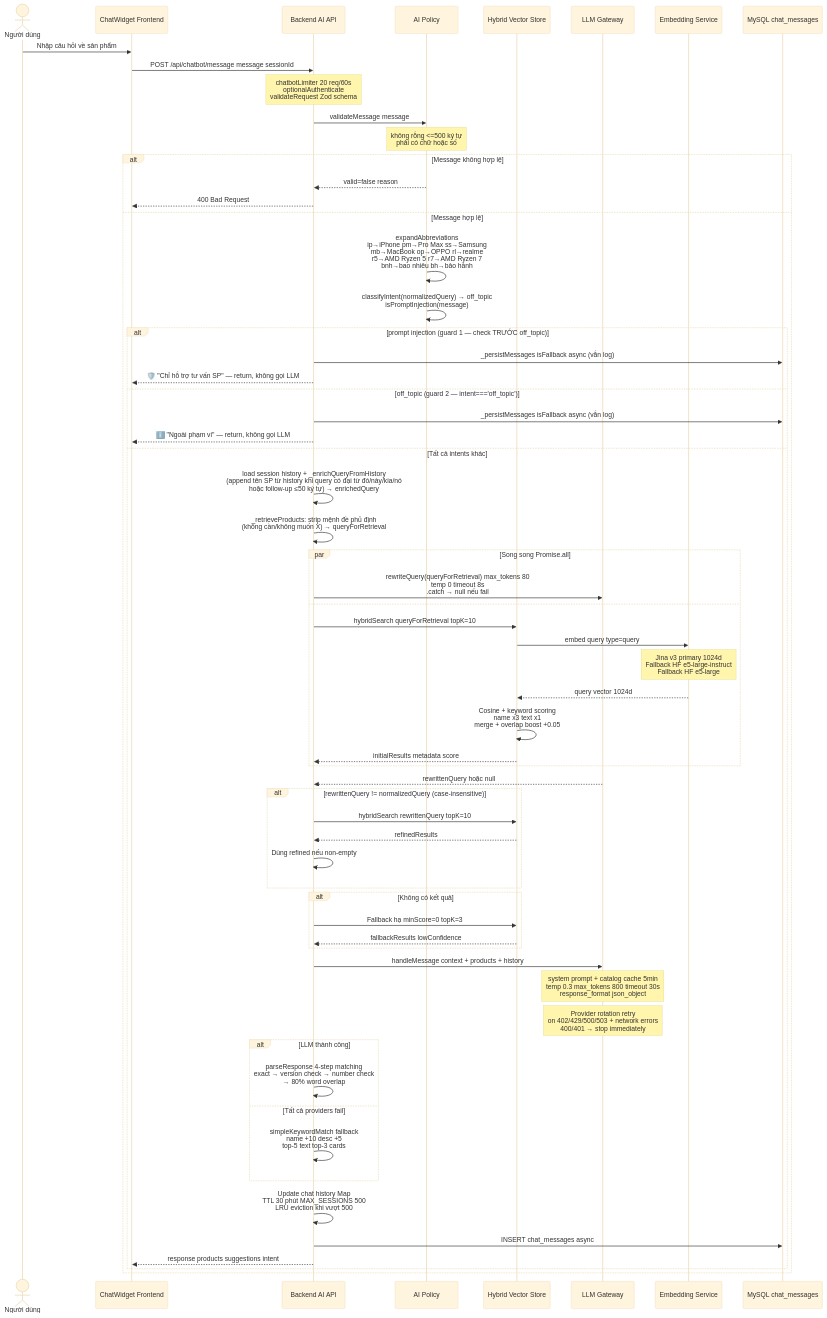
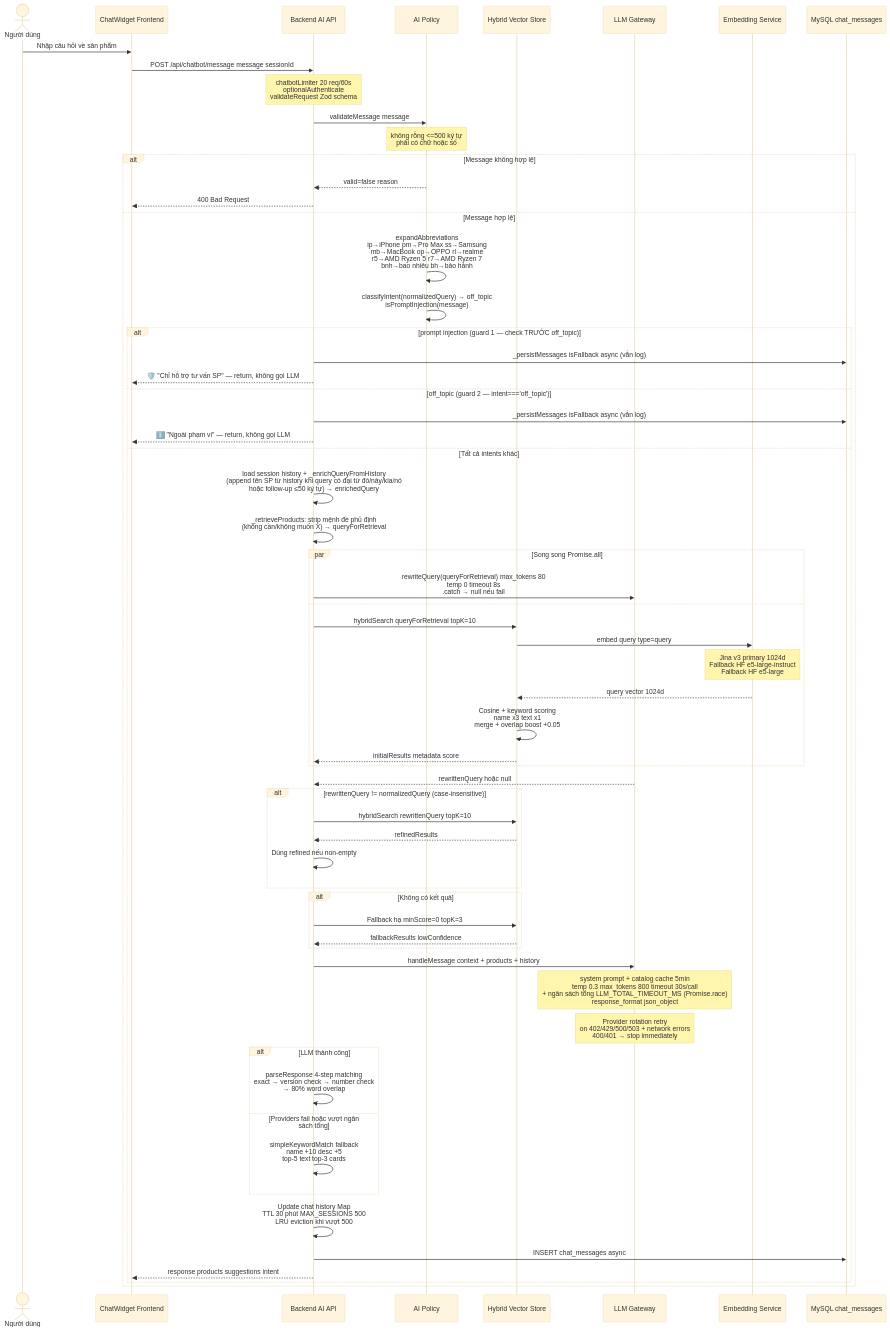
Diagram 26 of 47 in DIAGRAMS.md (MinhThang1009/E-commerce-website), drawn with Mermaid (base theme) before and after one commit. The commit also changed other lines of this file, not shown here.

Commit message:
docs(diagrams): thêm ngân sách LLM_TOTAL_TIMEOUT_MS vào sơ đồ RAG §3.3/§6b
Option A (commit 9fbddd3) bọc augmentAndGenerate trong Promise.race với ngân sách
tổng → bổ sung path fallback 'vượt ngân sách tổng' (trước chỉ 'providers fail').
§3.3 sequenceDiagram + §6b flowchart: note timeout 30s/call + ngân sách tổng.

````diff
--- a/DIAGRAMS.md
+++ b/DIAGRAMS.md
@@ -865,74 +865,74 @@
 ```mermaid
 sequenceDiagram
     actor User as Người dùng
     participant CW as ChatWidget Frontend
     participant API as Backend AI API
     participant Policy as AI Policy
     participant VS as Hybrid Vector Store
     participant LLM as LLM Gateway
     participant Embed as Embedding Service
     participant DB as MySQL chat_messages
 
     User->>CW: Nhập câu hỏi về sản phẩm
     CW->>API: POST /api/chatbot/message message sessionId
     Note over API: chatbotLimiter 20 req/60s<br/>optionalAuthenticate<br/>validateRequest Zod schema
 
     API->>Policy: validateMessage message
     Note over Policy: không rỗng <=500 ký tự<br/>phải có chữ hoặc số
 
     alt Message không hợp lệ
         Policy-->>API: valid=false reason
         API-->>CW: 400 Bad Request
     else Message hợp lệ
         Policy->>Policy: expandAbbreviations<br/>ip→iPhone pm→Pro Max ss→Samsung<br/>mb→MacBook op→OPPO rl→realme<br/>r5→AMD Ryzen 5 r7→AMD Ryzen 7<br/>bnh→bao nhiêu bh→bảo hành
         Policy->>Policy: classifyIntent(normalizedQuery) → off_topic<br/>isPromptInjection(message)
 
         alt prompt injection (guard 1 — check TRƯỚC off_topic)
             API->>DB: _persistMessages isFallback async (vẫn log)
             API-->>CW: 🛡️ "Chỉ hỗ trợ tư vấn SP" — return, không gọi LLM
         else off_topic (guard 2 — intent==='off_topic')
             API->>DB: _persistMessages isFallback async (vẫn log)
             API-->>CW: ℹ️ "Ngoài phạm vi" — return, không gọi LLM
         else Tất cả intents khác
             API->>API: load session history + _enrichQueryFromHistory<br/>(append tên SP từ history khi query có đại từ đó/này/kia/nó<br/>hoặc follow-up ≤50 ký tự) → enrichedQuery
             API->>API: _retrieveProducts: strip mệnh đề phủ định<br/>(không cần/không muốn X) → queryForRetrieval
             par Song song Promise.all
                 API->>LLM: rewriteQuery(queryForRetrieval) max_tokens 80<br/>temp 0 timeout 8s<br/>.catch → null nếu fail
             and
                 API->>VS: hybridSearch queryForRetrieval topK=10
                 VS->>Embed: embed query type=query
                 Note over Embed: Jina v3 primary 1024d<br/>Fallback HF e5-large-instruct<br/>Fallback HF e5-large
                 Embed-->>VS: query vector 1024d
                 VS->>VS: Cosine + keyword scoring<br/>name x3 text x1<br/>merge + overlap boost +0.05
                 VS-->>API: initialResults metadata score
             end
 
             LLM-->>API: rewrittenQuery hoặc null
 
             alt rewrittenQuery != normalizedQuery (case-insensitive)
                 API->>VS: hybridSearch rewrittenQuery topK=10
                 VS-->>API: refinedResults
                 API->>API: Dùng refined nếu non-empty
             end
 
             alt Không có kết quả
                 API->>VS: Fallback hạ minScore=0 topK=3
                 VS-->>API: fallbackResults lowConfidence
             end
 
             API->>LLM: handleMessage context + products + history
-            Note over LLM: system prompt + catalog cache 5min<br/>temp 0.3 max_tokens 800 timeout 30s<br/>response_format json_object
+            Note over LLM: system prompt + catalog cache 5min<br/>temp 0.3 max_tokens 800 timeout 30s/call<br/>+ ngân sách tổng LLM_TOTAL_TIMEOUT_MS (Promise.race)<br/>response_format json_object
             Note over LLM: Provider rotation retry<br/>on 402/429/500/503 + network errors<br/>400/401 → stop immediately
 
             alt LLM thành công
                 API->>API: parseResponse 4-step matching<br/>exact → version check → number check<br/>→ 80% word overlap
-            else Tất cả providers fail
+            else Providers fail hoặc vượt ngân sách tổng
                 API->>API: simpleKeywordMatch fallback<br/>name +10 desc +5<br/>top-5 text top-3 cards
             end
 
             API->>API: Update chat history Map<br/>TTL 30 phút MAX_SESSIONS 500<br/>LRU eviction khi vượt 500
             API->>DB: INSERT chat_messages async
             API-->>CW: response products suggestions intent
         end
     end
 ```
````
